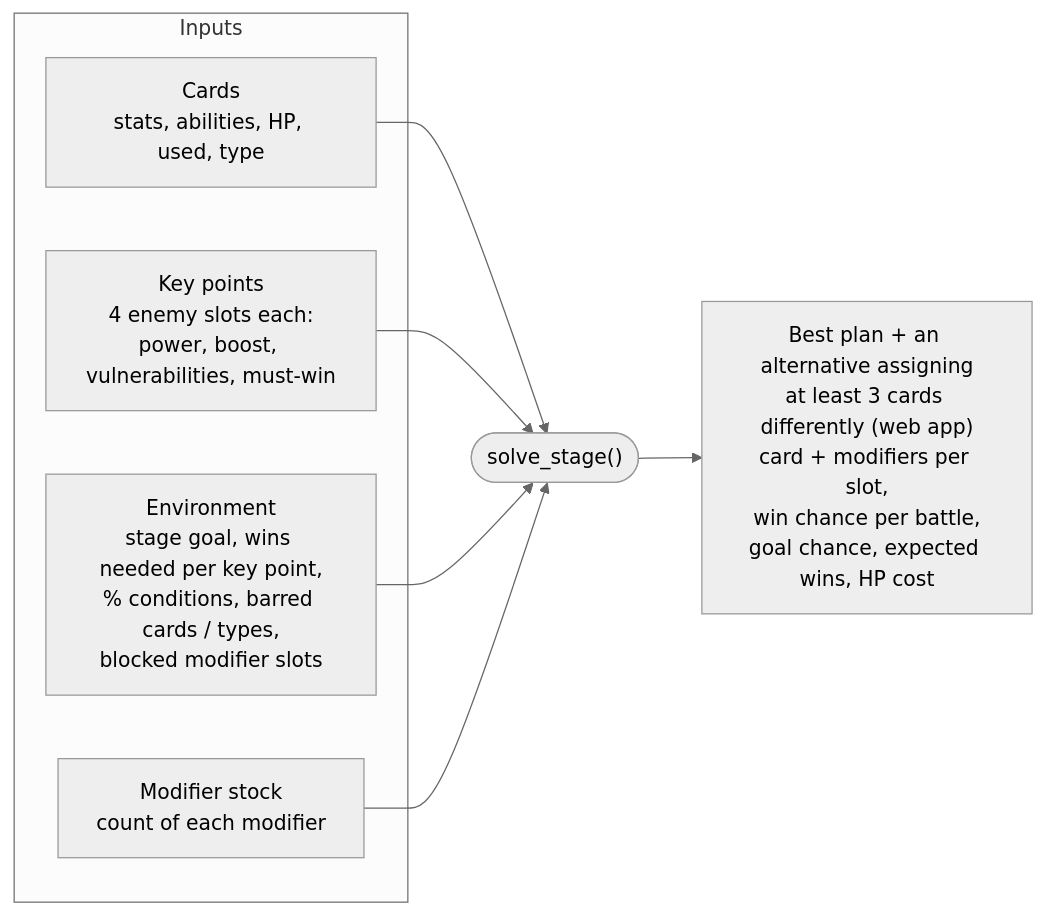
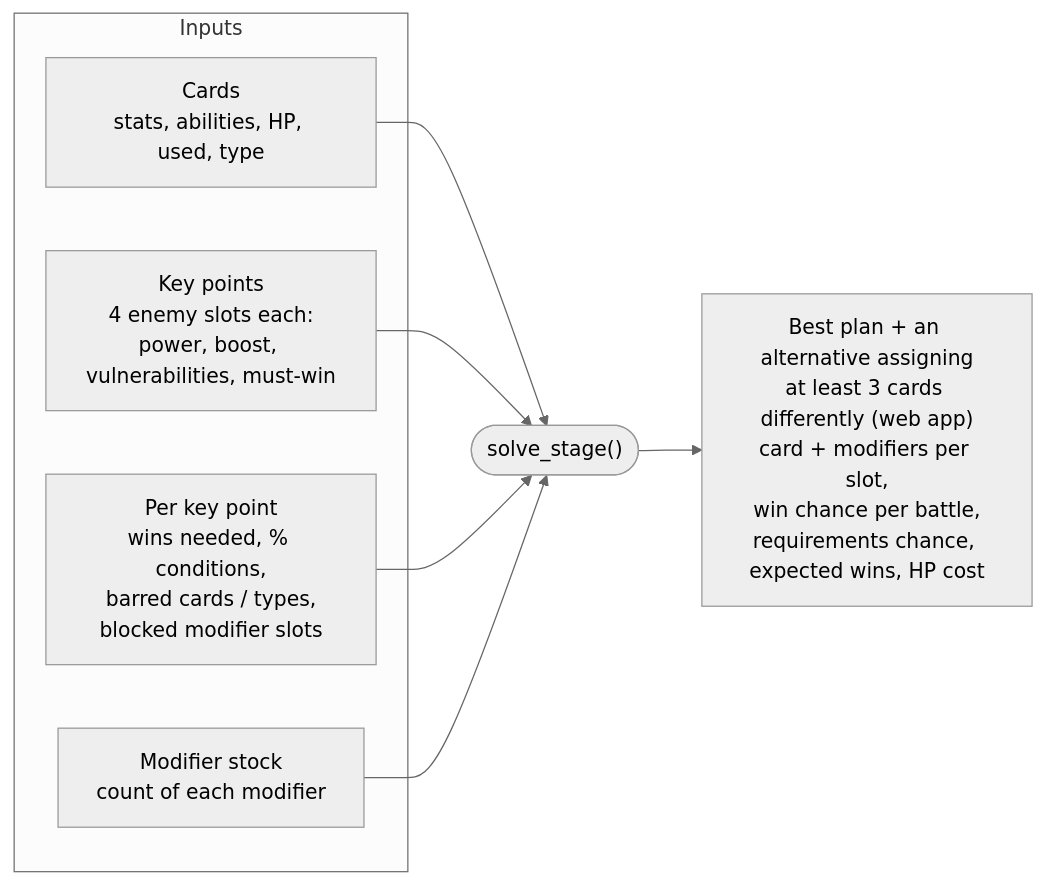
One commit to zobayer1/wowscardsolver changed the first of 3 diagrams in docs/SOLVER.md. Above: the diagram before and after it, drawn with Mermaid (neutral theme). The commit also changed other lines of this file and 11 other files, not shown here.

First line of the commit message:
Remove the stage environment and stage goal; settings live on each key point

````diff
--- a/docs/SOLVER.md
+++ b/docs/SOLVER.md
@@ -19,11 +20,11 @@
 ```mermaid
 flowchart LR
     subgraph Inputs
         R["Cards<br/>stats, abilities, HP, used, type"]
         K["Key points<br/>4 enemy slots each:<br/>power, boost, vulnerabilities, must-win"]
-        E["Environment<br/>stage goal, wins needed per key point,<br/>% conditions, barred cards / types,<br/>blocked modifier slots"]
+        E["Per key point<br/>wins needed, % conditions,<br/>barred cards / types,<br/>blocked modifier slots"]
         M["Modifier stock<br/>count of each modifier"]
     end
     R & K & E & M --> S(["solve_stage()"])
-    S --> P["Best plan + an alternative assigning<br/>at least 3 cards differently (web app)<br/>card + modifiers per slot,<br/>win chance per battle,<br/>goal chance, expected wins, HP cost"]
+    S --> P["Best plan + an alternative assigning<br/>at least 3 cards differently (web app)<br/>card + modifiers per slot,<br/>win chance per battle,<br/>requirements chance, expected wins, HP cost"]
 ```
````
